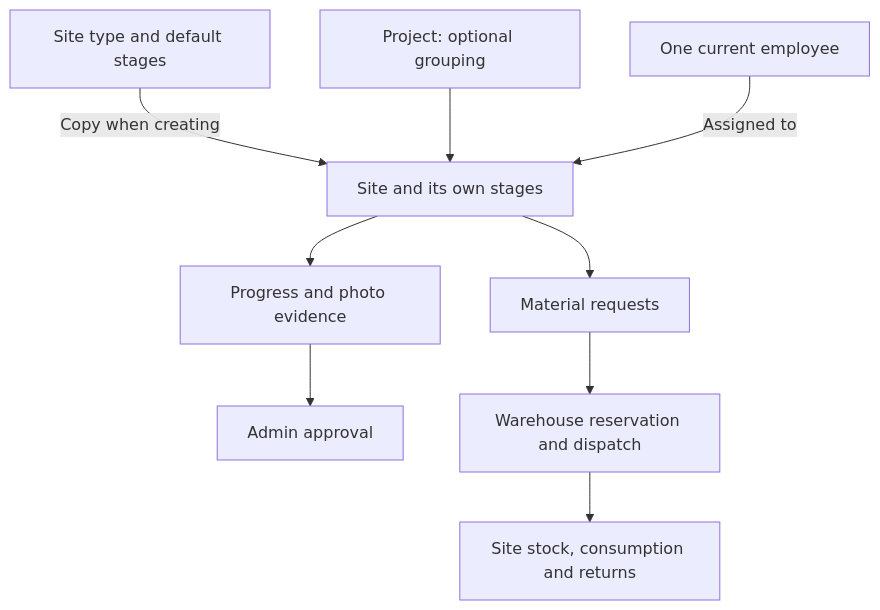
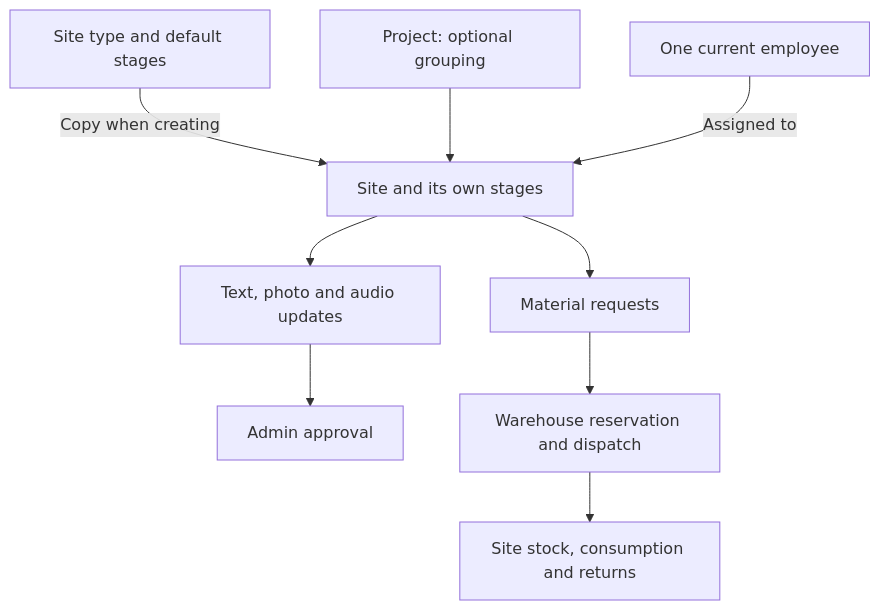
One commit to dbmoradiya/site-tracking-system changed the first of 3 diagrams in docs/system-design.md. Above: the diagram before and after it, drawn with Mermaid. The commit also changed other lines of this file, not shown here.

````diff
--- a/docs/system-design.md
+++ b/docs/system-design.md
@@ -55,11 +67,11 @@
 ```mermaid
 flowchart TD
     T[Site type and default stages] -->|Copy when creating| S[Site and its own stages]
     P[Project: optional grouping] --> S
     E[One current employee] -->|Assigned to| S
-    S --> U[Progress and photo evidence]
+    S --> U[Text, photo and audio updates]
     U --> A[Admin approval]
     S --> R[Material requests]
     R --> W[Warehouse reservation and dispatch]
     W --> M[Site stock, consumption and returns]
 ```
````
